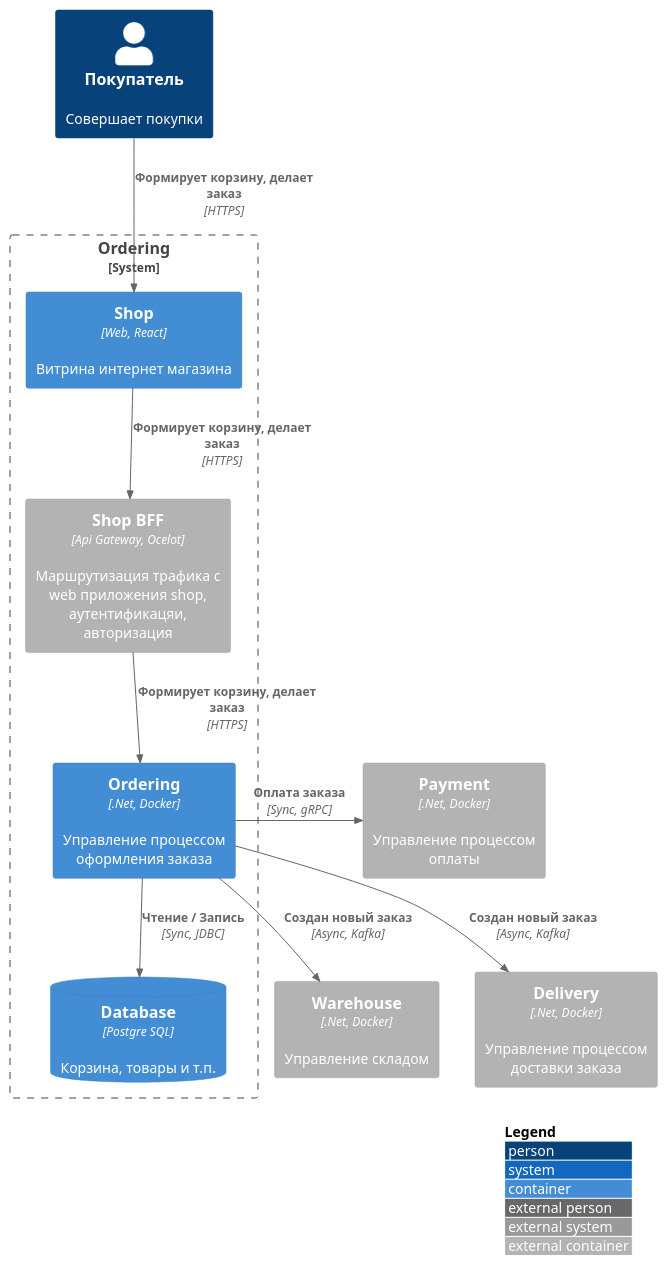
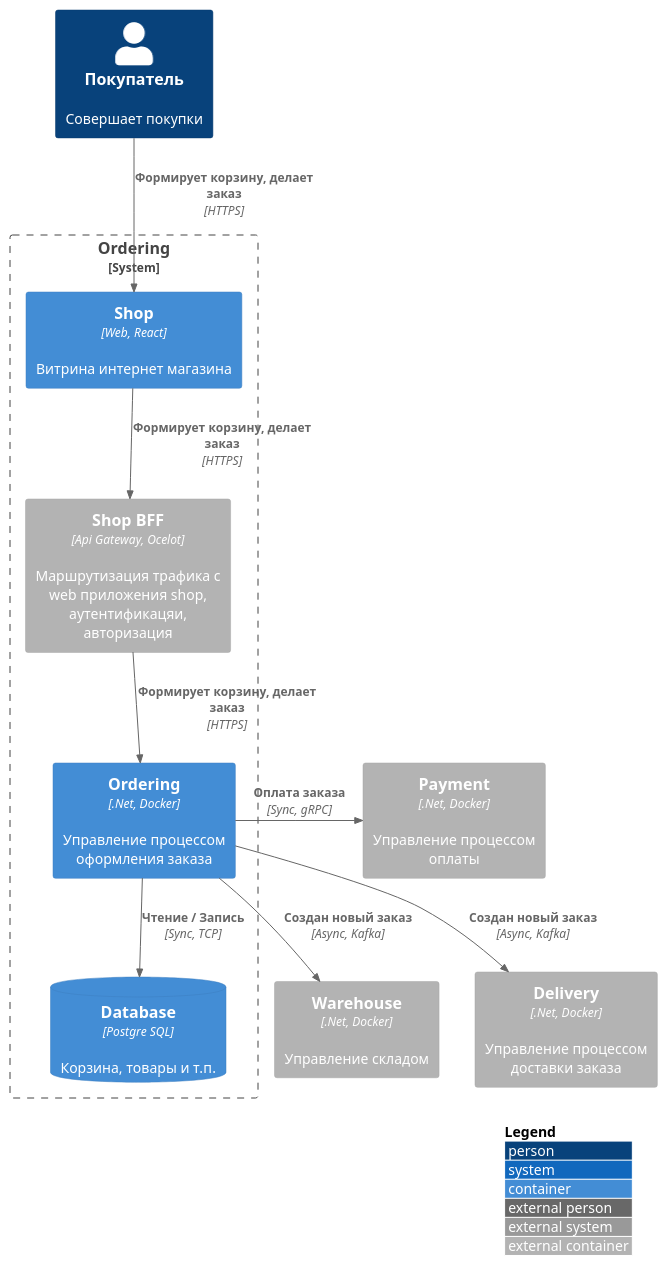
Before and after one commit to gerzhan/knigaexpert-system-design: the first of 2 diagrams in services/ordering/README.md, drawn with PlantUML. The commit also changed 6 other files, not shown here.

````diff
--- a/services/ordering/README.md
+++ b/services/ordering/README.md
@@ -9,33 +9,33 @@
 ```plantuml
 !include https://raw.githubusercontent.com/plantuml-stdlib/C4-PlantUML/master/C4_Container.puml
 
 skinparam wrapWidth 200
 skinparam maxMessageSize 200
 
 LAYOUT_TOP_DOWN()
 LAYOUT_WITH_LEGEND()
 
 Person(customer, Покупатель, "Совершает покупки")
 
 System_Boundary(boundary, "Ordering") {
 ' Shop
 Container(shop_app, "Shop", "Web, React", "Витрина интернет магазина")
 Container_Ext(shop_bff, "Shop BFF", "Api Gateway, Ocelot", "Маршрутизация трафика c web приложения shop, аутентификацяи, авторизация")
 Rel(shop_app, shop_bff, "Формирует корзину, делает заказ", "HTTPS")
 Rel(customer, shop_app, "Формирует корзину, делает заказ", "HTTPS")
 
 Container(ordering, "Ordering", ".Net, Docker", "Управление процессом оформления заказа")
 ContainerDb(ordering_db, "Database", "Postgre SQL", "Корзина, товары и т.п.")
-Rel(ordering, ordering_db, "Чтение / Запись", "Sync, JDBC")
+Rel(ordering, ordering_db, "Чтение / Запись", "Sync, TCP")
 Rel(shop_bff, ordering, "Формирует корзину, делает заказ", "HTTPS")
 }
 
 Container_Ext(warehouse, "Warehouse", ".Net, Docker", "Управление складом")
 Rel(ordering, warehouse, "Cоздан новый заказ", "Async, Kafka")
 
 Container_Ext(delivery, "Delivery", ".Net, Docker", "Управление процессом доставки заказа")
 Rel(ordering, delivery, "Cоздан новый заказ", "Async, Kafka")
 
 Container_Ext(payment, "Payment", ".Net, Docker", "Управление процессом оплаты")
 Rel_R(ordering, payment, "Оплата заказа", "Sync, gRPC")
 ```
````
